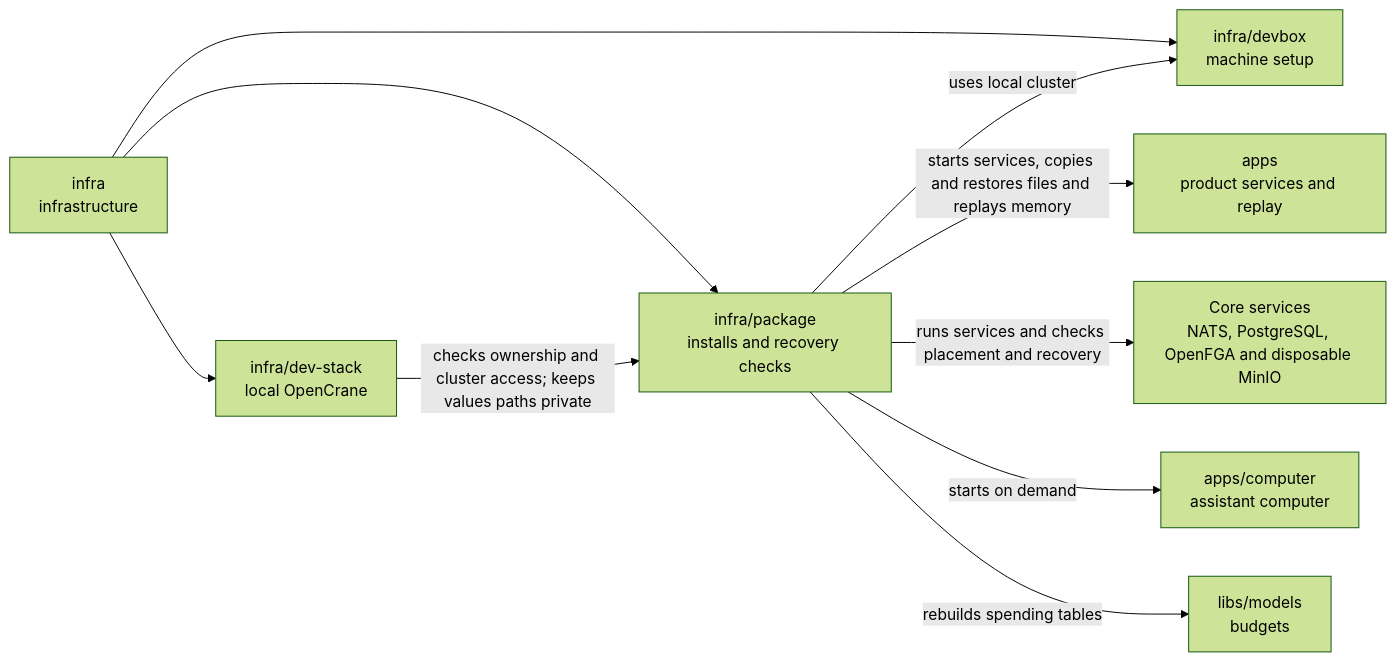
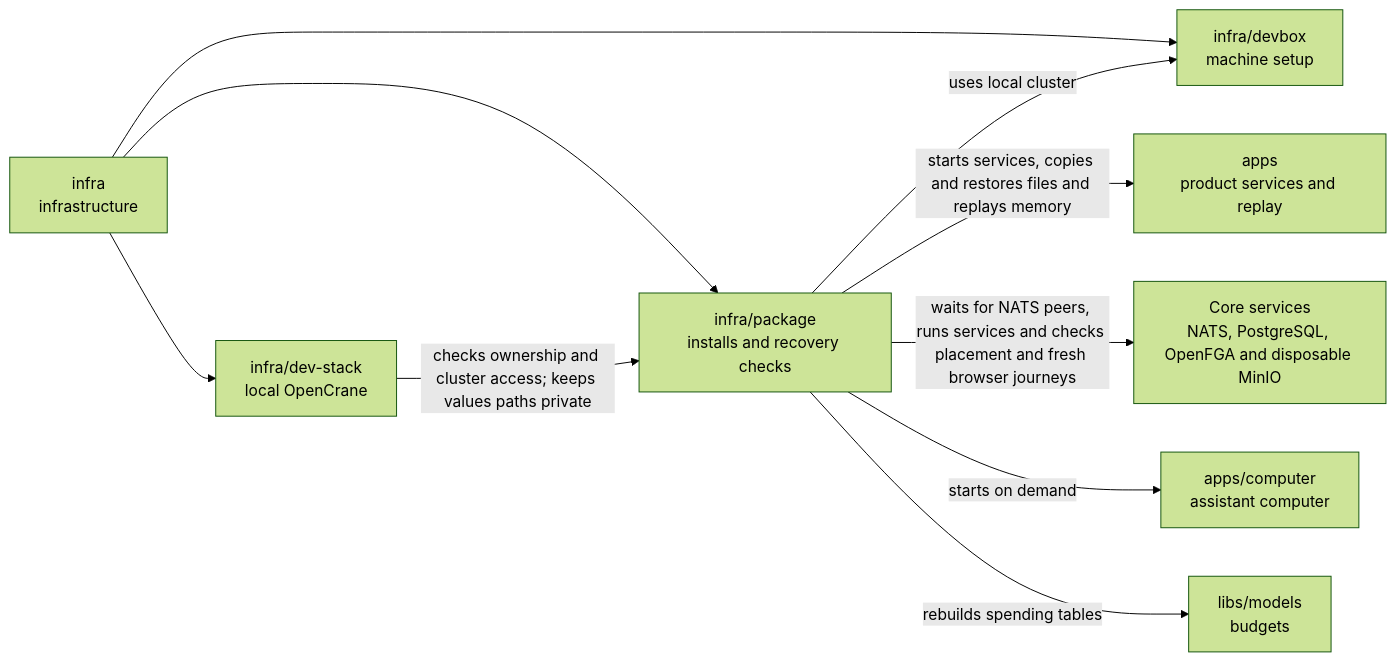
The diagram in infra/package/README.md (elewa-git/opencrane-new), drawn with Mermaid (forest theme) before and after one commit. The commit also changed other lines of this file and 8 other files, not shown here.

Commit message:
🐛 Wait for current JetStream metadata peers before package provisioning

````diff
--- a/infra/package/README.md
+++ b/infra/package/README.md
@@ -19,12 +19,12 @@
 ```mermaid
 flowchart LR
   infra["infra<br/>infrastructure"] --> package["infra/package<br/>installs and recovery checks"]
   infra --> stack["infra/dev-stack<br/>local OpenCrane"]
   infra --> devbox["infra/devbox<br/>machine setup"]
   stack -->|checks ownership and cluster access; keeps values paths private| package
   package -->|uses local cluster| devbox
   package -->|starts services, copies and restores files and replays memory| apps["apps<br/>product services and replay"]
-  package -->|runs services and checks placement and recovery| services["Core services<br/>NATS, PostgreSQL, OpenFGA and disposable MinIO"]
+  package -->|waits for NATS peers, runs services and checks placement and fresh browser journeys| services["Core services<br/>NATS, PostgreSQL, OpenFGA and disposable MinIO"]
   package -->|starts on demand| computer["apps/computer<br/>assistant computer"]
   package -->|rebuilds spending tables| models["libs/models<br/>budgets"]
 ```
````
